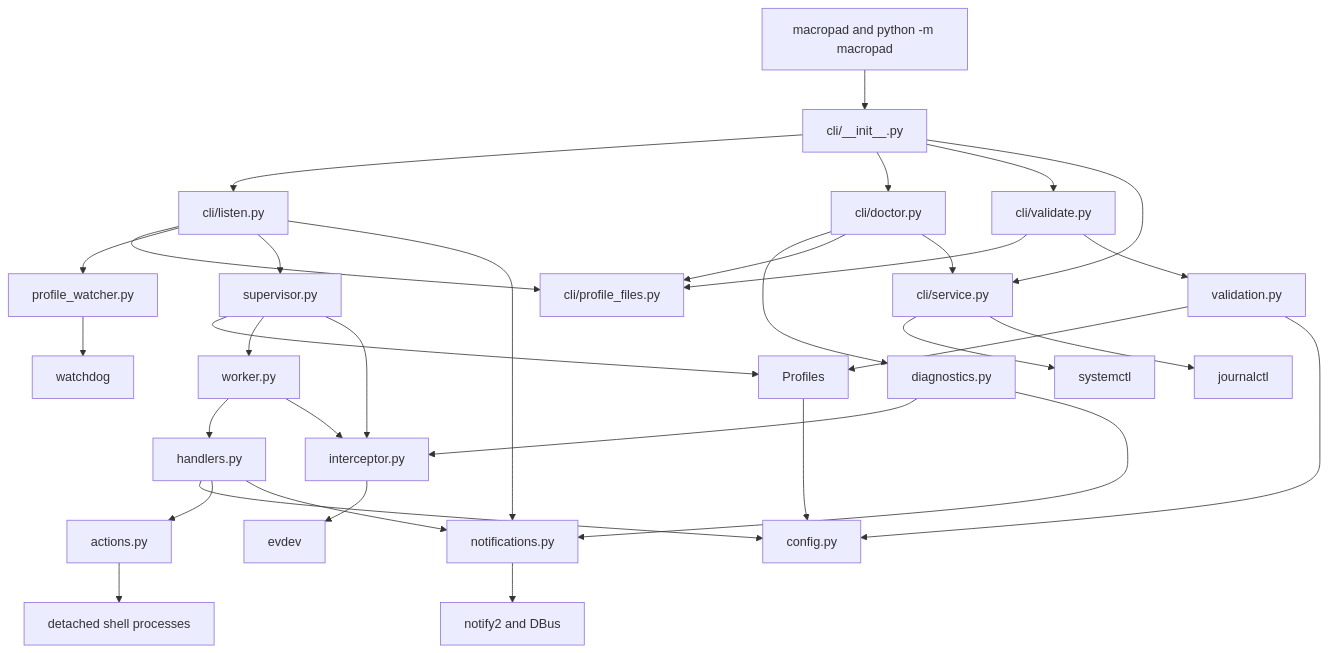
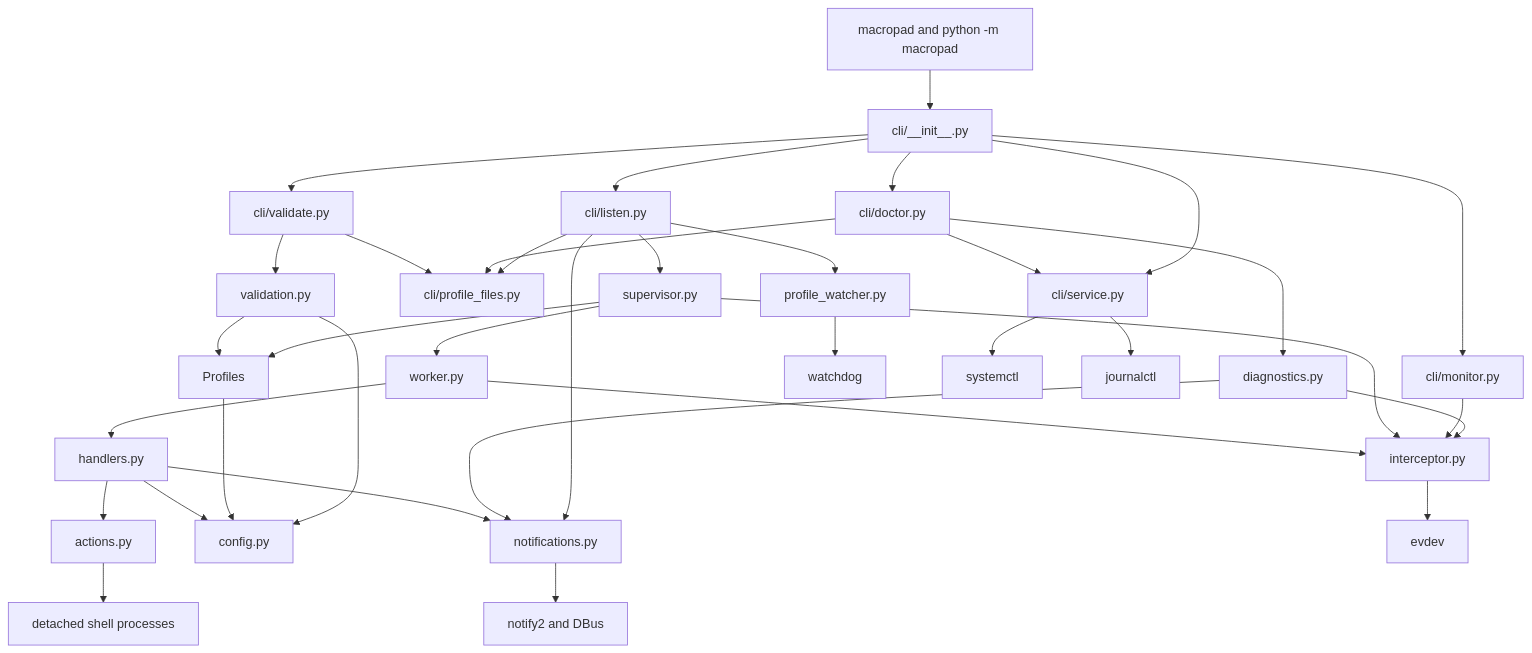
The first of 3 diagrams in src/macropad/README.md (rafaelglikis/macropad), drawn with Mermaid before and after one commit. The commit also changed other lines of this file and 15 other files, not shown here.

````diff
--- a/src/macropad/README.md
+++ b/src/macropad/README.md
@@ -37,44 +38,47 @@
 ```mermaid
 flowchart TD
     Entrypoints[macropad and python -m macropad] --> CLI[cli/__init__.py]
     CLI --> Listen[cli/listen.py]
     CLI --> Doctor[cli/doctor.py]
+    CLI --> Monitor[cli/monitor.py]
     CLI --> ValidateCommand[cli/validate.py]
     CLI --> Service[cli/service.py]
 
     Listen --> ProfileFiles[cli/profile_files.py]
     Listen --> ProfileWatcher[profile_watcher.py]
     Listen --> Supervisor[supervisor.py]
     Listen --> Notifications[notifications.py]
 
     Doctor --> Diagnostics[diagnostics.py]
     Doctor --> ProfileFiles
     Doctor --> Service
     Diagnostics --> Interceptor[interceptor.py]
     Diagnostics --> Notifications
+
+    Monitor --> Interceptor
 
     ValidateCommand --> ProfileFiles
     ValidateCommand --> Validation[validation.py]
 
     Supervisor --> Profiles
     Supervisor --> Worker[worker.py]
     Supervisor --> Interceptor
 
     Validation --> Profiles
     Validation --> Config
     Profiles --> Config[config.py]
     ProfileWatcher --> Watchdog[watchdog]
     Service --> Systemd[systemctl]
     Service --> Journal[journalctl]
 
     Worker --> Handler[handlers.py]
     Worker --> Interceptor
 
     Handler --> Config
     Handler --> Actions[actions.py]
     Handler --> Notifications
 
     Interceptor --> Evdev[evdev]
     Actions --> Shell[detached shell processes]
     Notifications --> Notify2[notify2 and DBus]
 ```
````
